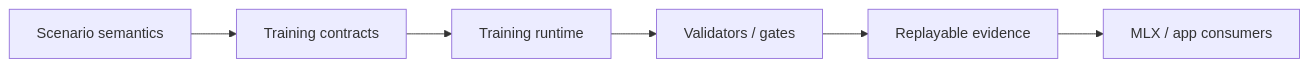
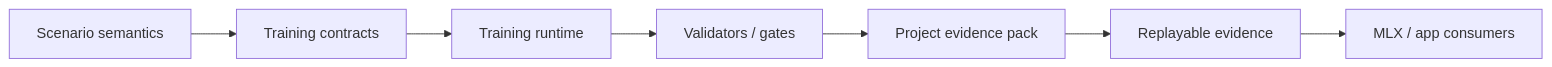
Before and after one commit to 1amageek/kuyu-training: the first of 4 diagrams in RELIABILITY_MILESTONES.md, drawn with Mermaid. The commit also changed other lines of this file and 357 other files, not shown here.

````diff
--- a/RELIABILITY_MILESTONES.md
+++ b/RELIABILITY_MILESTONES.md
@@ -15,15 +16,17 @@
 ```mermaid
 flowchart LR
   Scenario["Scenario semantics"]
   Contracts["Training contracts"]
   Runtime["Training runtime"]
   Validators["Validators / gates"]
+  Pack["Project evidence pack"]
   Evidence["Replayable evidence"]
   Downstream["MLX / app consumers"]
 
   Scenario --> Contracts
   Contracts --> Runtime
   Runtime --> Validators
-  Validators --> Evidence
+  Validators --> Pack
+  Pack --> Evidence
   Evidence --> Downstream
 ```
````
